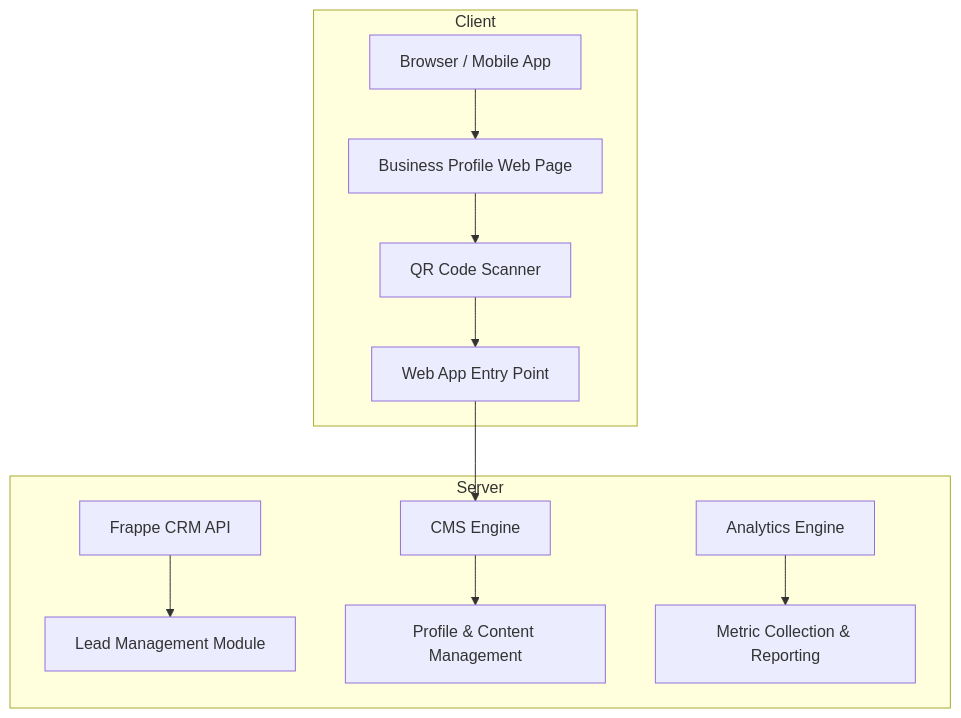
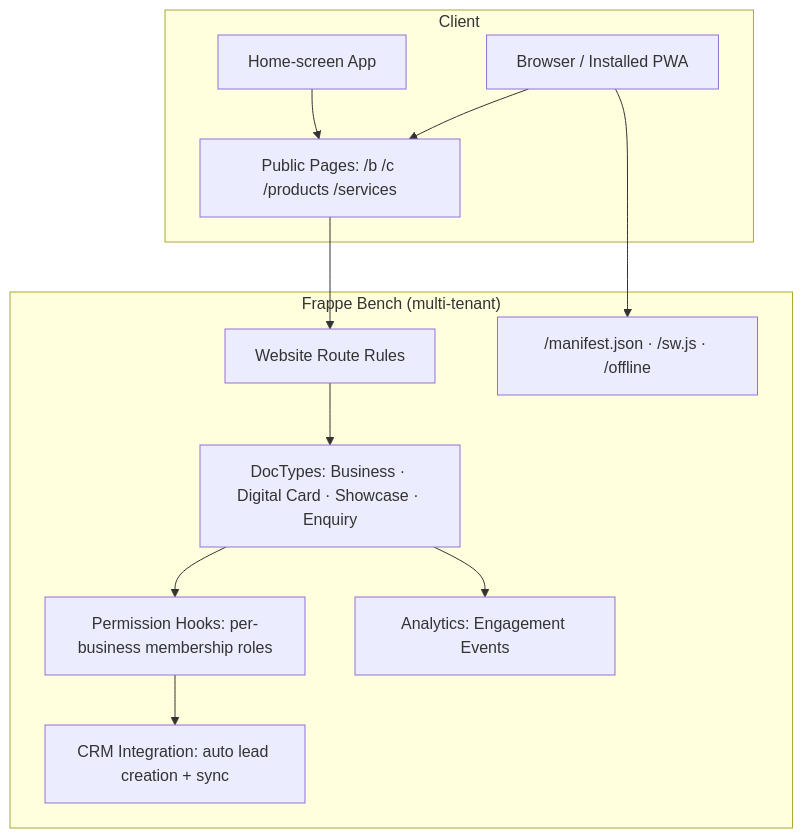
Before and after one commit to devosduotech/osduo_business_connect: the diagram in README.md, drawn with Mermaid. The commit also changed other lines of this file and 4 other files, not shown here.

````diff
--- a/README.md
+++ b/README.md
@@ -121,16 +129,16 @@
 ```mermaid
 graph TD
     subgraph Client
-        A[Browser / Mobile App] --> B[Business Profile Web Page]
-        C[QR Code Scanner] --> D[Web App Entry Point]
+        A[Browser / Installed PWA] --> B[Public Pages: /b /c /products /services]
+        A2[Home-screen App] --> B
     end
-    
-    subgraph Server
-        E[Frappe CRM API] --> F[Lead Management Module]
-        G[CMS Engine] --> H[Profile & Content Management]
-        I[Analytics Engine] --> J[Metric Collection & Reporting]
+
+    subgraph "Frappe Bench (multi-tenant)"
+        B --> C[Website Route Rules]
+        C --> D[DocTypes: Business · Digital Card · Showcase · Enquiry]
+        D --> E[Permission Hooks: per-business membership roles]
+        E --> F[CRM Integration: auto lead creation + sync]
+        D --> G[Analytics: Engagement Events]
+        A --> H["/manifest.json · /sw.js · /offline"]
     end
-    
-    B --> C
-    D --> G
 ```
````
